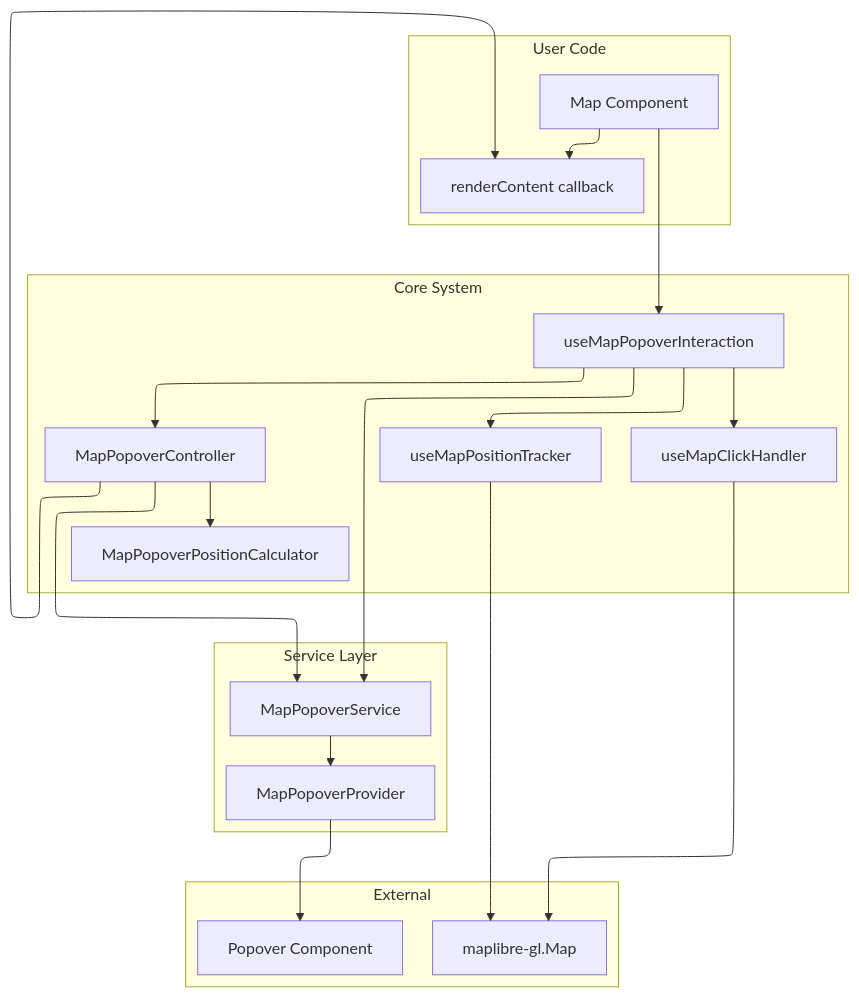
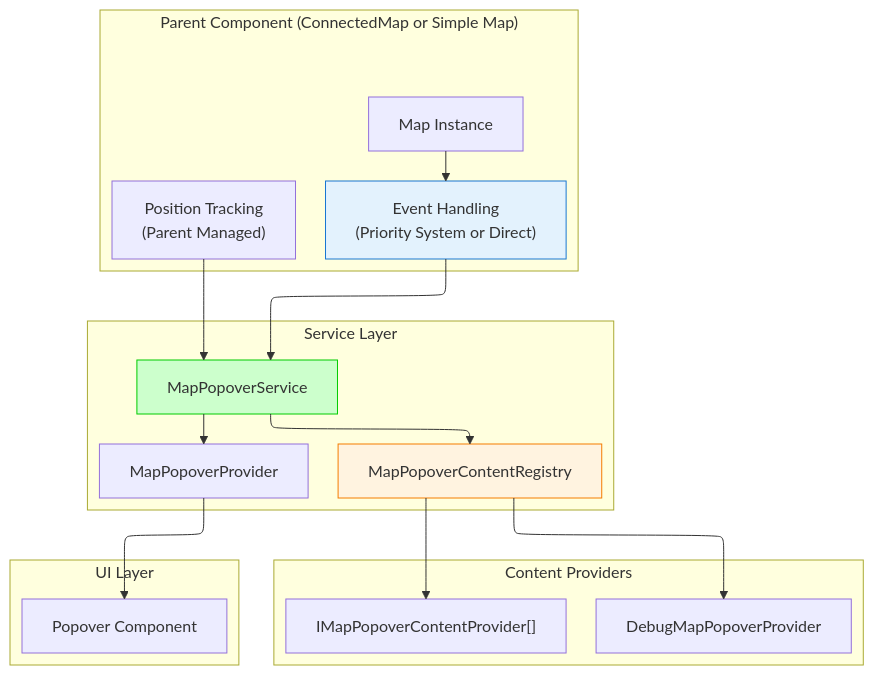
One commit to konturio/disaster-ninja-fe changed the diagram in src/core/map/MapPopover.md. Above: the diagram before and after it, drawn with Mermaid. The commit also changed other lines of this file and 10 other files, not shown here.

````diff
--- a/src/core/map/MapPopover.md
+++ b/src/core/map/MapPopover.md
@@ -7,47 +7,42 @@
 ```mermaid
 ---
 config:
   layout: elk
 ---
 graph TD
-    subgraph "User Code"
-        MapComponent["Map Component"]
-        RenderContent["renderContent callback"]
-    end
-
-    subgraph "Core System"
-        Hook["useMapPopoverInteraction"]
-        Controller["MapPopoverController"]
-        ClickHandler["useMapClickHandler"]
-        PositionTracker["useMapPositionTracker"]
-        Calculator["MapPopoverPositionCalculator"]
+    subgraph "Parent Component (ConnectedMap or Simple Map)"
+        EventHandling["Event Handling<br/>(Priority System or Direct)"]
+        PositionTracking["Position Tracking<br/>(Parent Managed)"]
+        MapInstance["Map Instance"]
     end
 
     subgraph "Service Layer"
         Service["MapPopoverService"]
+        Registry["MapPopoverContentRegistry"]
         Provider["MapPopoverProvider"]
     end
 
-    subgraph "External"
-        MapLibre["maplibre-gl.Map"]
-        PopoverUI["Popover Component"]
+    subgraph "Content Providers"
+        ContentProviders["IMapPopoverContentProvider[]"]
+        DebugProvider["DebugMapPopoverProvider"]
     end
 
-    MapComponent --> Hook
-    MapComponent --> RenderContent
+    subgraph "UI Layer"
+        PopoverComponent["Popover Component"]
+    end
 
-    Hook --> Controller
-    Hook --> Service
-    Hook --> ClickHandler
-    Hook --> PositionTracker
+    MapInstance --> EventHandling
+    EventHandling --> Service
+    PositionTracking --> Service
 
-    Controller --> Service
-    Controller --> Calculator
-    Controller --> RenderContent
-
-    ClickHandler --> MapLibre
-    PositionTracker --> MapLibre
+    Service --> Registry
+    Registry --> ContentProviders
+    Registry --> DebugProvider
 
     Service --> Provider
-    Provider --> PopoverUI
+    Provider --> PopoverComponent
+
+    style EventHandling fill:#e3f2fd,stroke:#1976d2
+    style Service fill:#ccffcc,stroke:#00cc00
+    style Registry fill:#fff3e0,stroke:#f57c00
 ```
````
